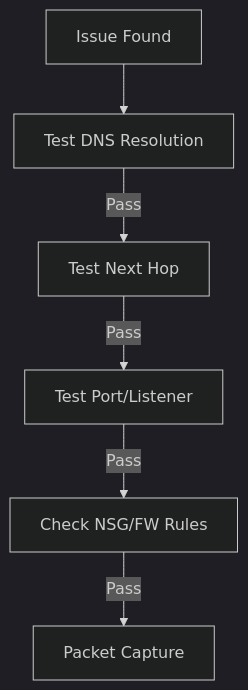
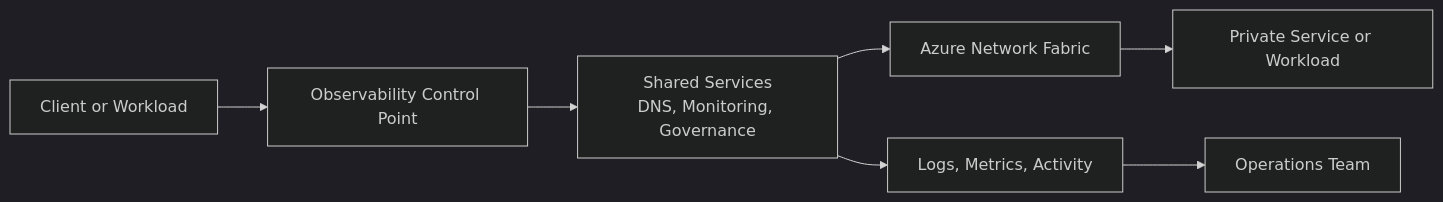
Before and after one commit to yeongseon/azure-networking-practical-guide: the diagram in docs/best-practices/observability-best-practices.md, drawn with Mermaid (dark theme). The commit also changed other lines of this file and 26 other files, not shown here.

````diff
--- a/docs/best-practices/observability-best-practices.md
+++ b/docs/best-practices/observability-best-practices.md
@@ -13,8 +15,10 @@
 ```mermaid
-graph TD
-    Start[Issue Found] --> DNS[Test DNS Resolution]
-    DNS -- Pass --> Route[Test Next Hop]
-    Route -- Pass --> Port[Test Port/Listener]
-    Port -- Pass --> Rule[Check NSG/FW Rules]
-    Rule -- Pass --> Capture[Packet Capture]
+flowchart LR
+                Source[Client or Workload] --> Control[Observability Control Point]
+                Control --> Shared[Shared Services
+DNS, Monitoring, Governance]
+                Shared --> Azure[Azure Network Fabric]
+                Azure --> Target[Private Service or Workload]
+                Shared --> Logs[Logs, Metrics, Activity]
+                Logs --> Ops[Operations Team]
 ```
````
